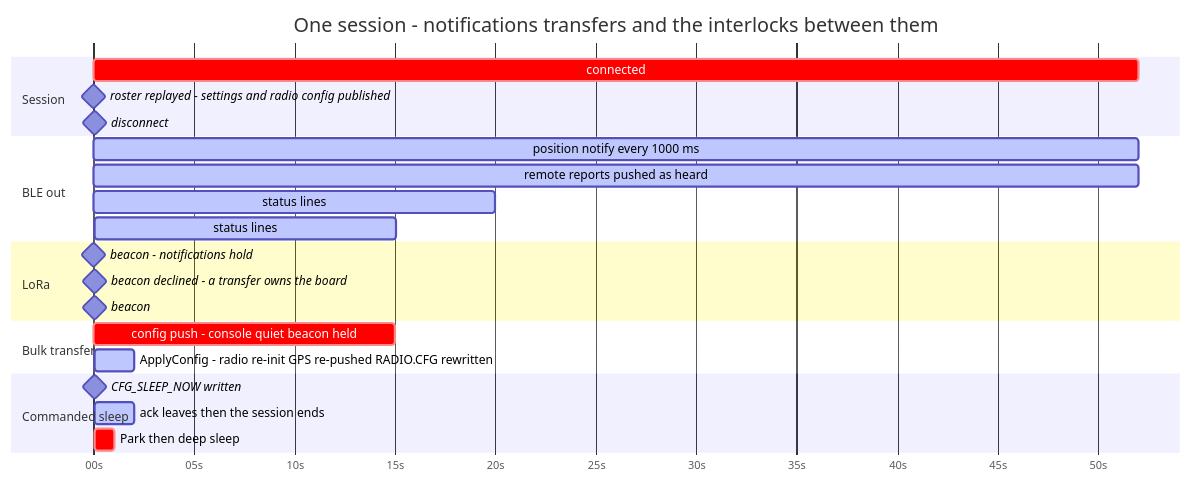
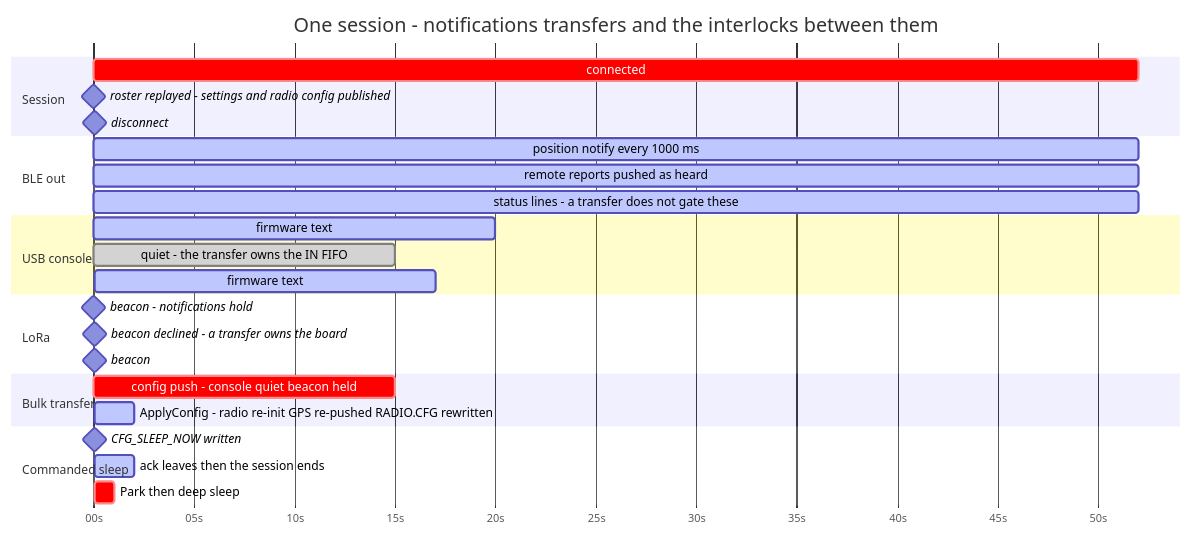
Before and after one commit to Telemety-In-Midair/telemetry-in-midair-rs: the ninth of 9 diagrams in ARCHITECTURE.md, drawn with Mermaid. The commit also changed other lines of this file, not shown here.

First line of the commit message:
docs: say which of the gantt timings are real and which are drawn

````diff
--- a/ARCHITECTURE.md
+++ b/ARCHITECTURE.md
@@ -585,31 +603,35 @@
 ```mermaid
 gantt
     title One session - notifications transfers and the interlocks between them
     dateFormat X
     axisFormat %Ss
 
     section Session
     connected               :crit, x1, 0, 52s
     roster replayed - settings and radio config published :milestone, x2, 0, 0s
     disconnect              :milestone, x3, 52, 0s
 
     section BLE out
     position notify every 1000 ms :active, y1, 0, 52s
     remote reports pushed as heard :active, y2, 0, 52s
-    status lines             :active, y3, 0, 20s
-    status lines             :active, y4, 37, 15s
+    status lines - a transfer does not gate these :active, y3, 0, 52s
+
+    section USB console
+    firmware text            :active, y4, 0, 20s
+    quiet - the transfer owns the IN FIFO :done, y5, 20, 15s
+    firmware text            :active, y6, 35, 17s
 
     section LoRa
     beacon - notifications hold :milestone, z1, 10, 0s
     beacon declined - a transfer owns the board :milestone, z2, 30, 0s
     beacon                   :milestone, z3, 40, 0s
 
     section Bulk transfer
     config push - console quiet beacon held :crit, w1, 20, 15s
     ApplyConfig - radio re-init GPS re-pushed RADIO.CFG rewritten :active, w2, 35, 2s
 
     section Commanded sleep
     CFG_SLEEP_NOW written    :milestone, k1, 50, 0s
     ack leaves then the session ends :active, k2, 50, 2s
     Park then deep sleep     :crit, k3, 52, 1s
 ```
````
